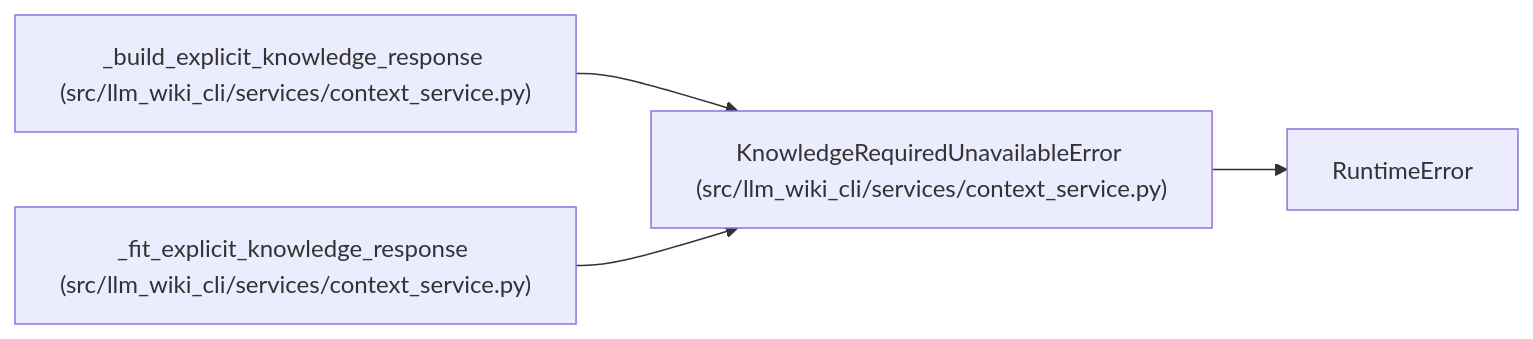
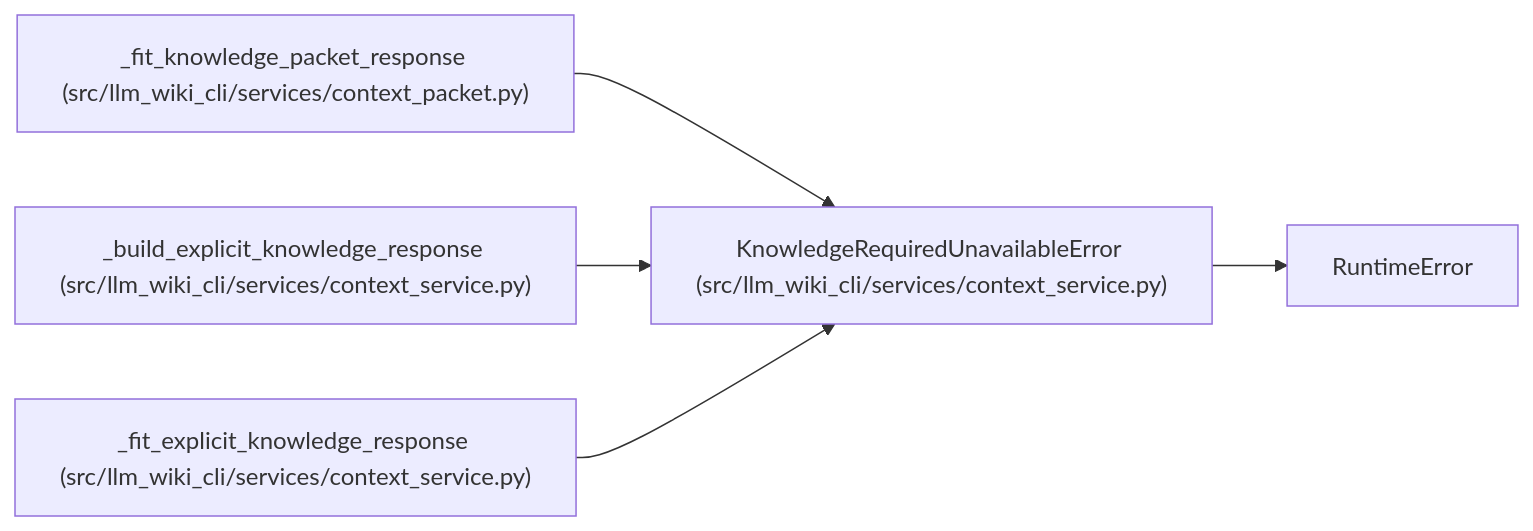
One commit to Denissvgn/python-wiki-llm changed the diagram in docs/llm_wiki/entities/KnowledgeRequiredUnavailableError.md. Above: the diagram before and after it, drawn with Mermaid. The commit also changed other lines of this file and 719 other files, not shown here.

````diff
--- a/docs/llm_wiki/entities/KnowledgeRequiredUnavailableError.md
+++ b/docs/llm_wiki/entities/KnowledgeRequiredUnavailableError.md
@@ -25,13 +25,16 @@
 ```mermaid
 flowchart LR
     n0["KnowledgeRequiredUnavailableError (src/llm_wiki_cli/services/context_service.py)"]
     n1["RuntimeError"]
-    n2["_build_explicit_knowledge_response (src/llm_wiki_cli/services/context_service.py)"]
-    n3["_fit_explicit_knowledge_response (src/llm_wiki_cli/services/context_service.py)"]
+    n2["_fit_knowledge_packet_response (src/llm_wiki_cli/services/context_packet.py)"]
+    n3["_build_explicit_knowledge_response (src/llm_wiki_cli/services/context_service.py)"]
+    n4["_fit_explicit_knowledge_response (src/llm_wiki_cli/services/context_service.py)"]
     n0 --> n1
     n2 --> n0
     n3 --> n0
+    n4 --> n0
     click n0 "../modules/context_service.md"
-    click n2 "../modules/context_service.md"
+    click n2 "../modules/context_packet.md"
     click n3 "../modules/context_service.md"
+    click n4 "../modules/context_service.md"
 ```
````
